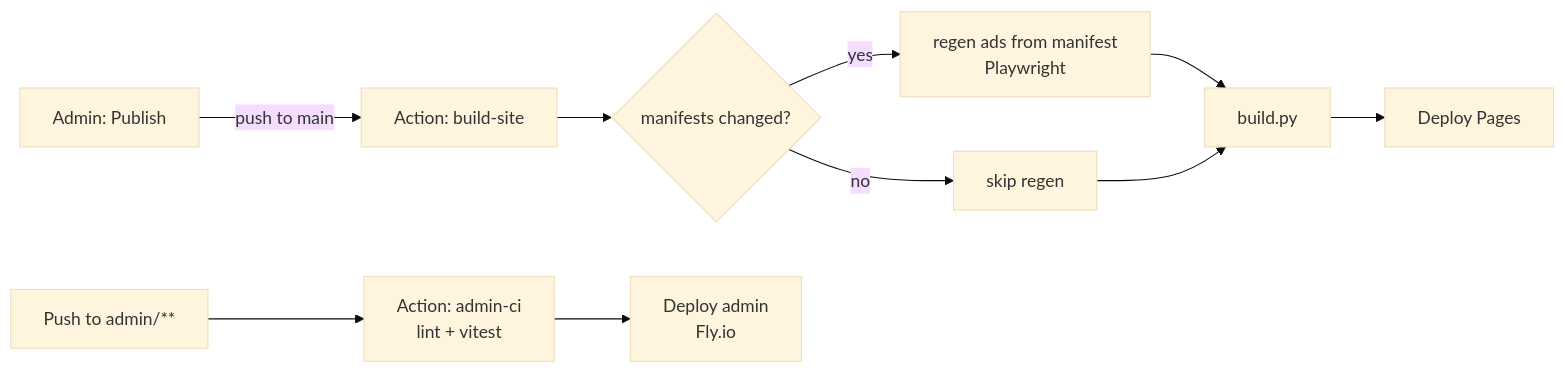
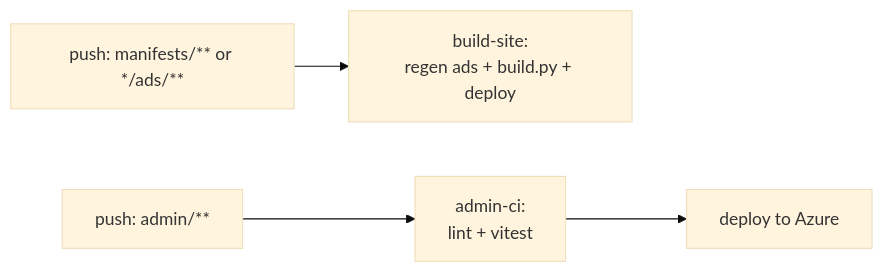
The seventh of 7 diagrams in docs/ADMIN_APP_PLAN.md (Cloudstrucc/automotive-studio), drawn with Mermaid (base theme) before and after one commit. The commit also changed other lines of this file and 18 other files, not shown here.

````diff
--- a/docs/ADMIN_APP_PLAN.md
+++ b/docs/ADMIN_APP_PLAN.md
@@ -426,13 +343,5 @@
 ```mermaid
 flowchart LR
-  A["Admin: Publish"] -->|push to main| B["Action: build-site"]
-  B --> C{"manifests changed?"}
-  C -->|yes| D["regen ads from manifest<br/>Playwright"]
-  C -->|no| E["skip regen"]
-  D --> F["build.py"]
-  E --> F
-  F --> G["Deploy Pages"]
-
-  H["Push to admin/**"] --> I["Action: admin-ci<br/>lint + vitest"]
-  I --> J["Deploy admin<br/>Fly.io"]
+  A["push: manifests/** or */ads/**"] --> B["build-site:<br/>regen ads + build.py + deploy"]
+  C["push: admin/**"] --> D["admin-ci:<br/>lint + vitest"] --> E["deploy to Azure"]
 ```
````
